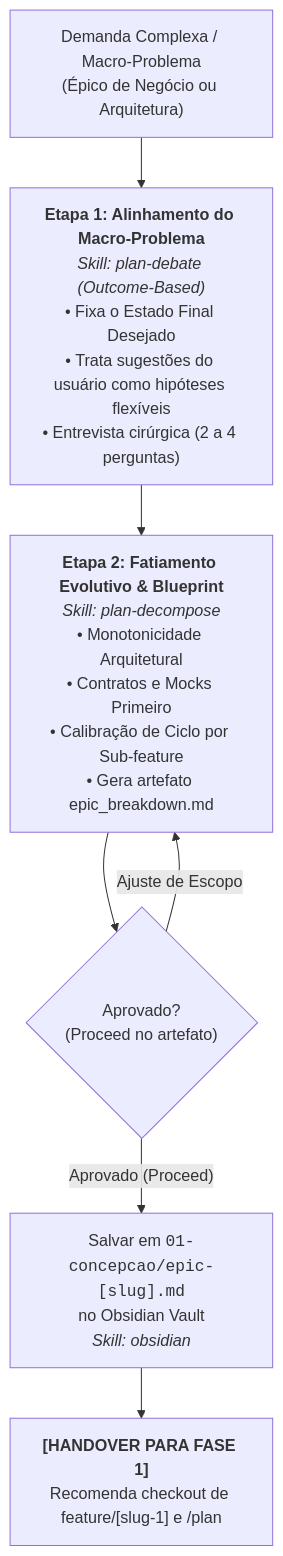
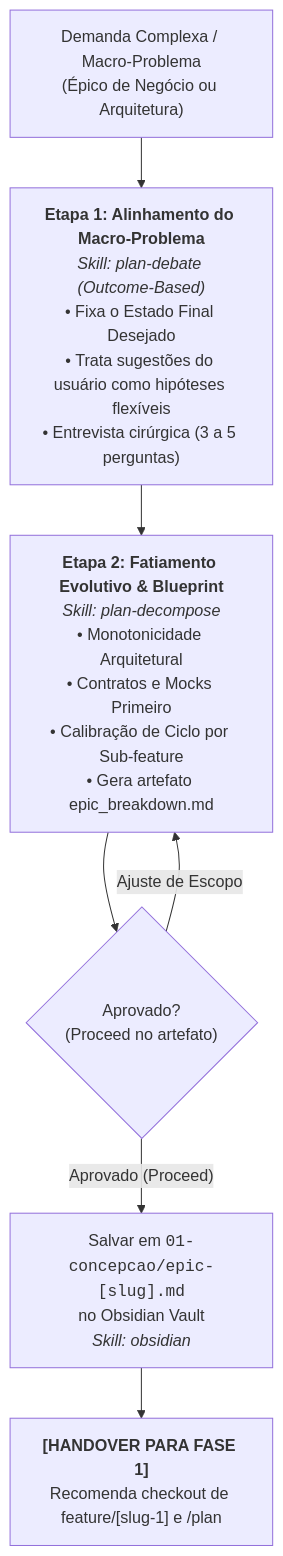
One commit to MarcosVeniciu/antigravity-agentic-workflows changed the diagram in docs/agentes/decompose.md. Above: the diagram before and after it, drawn with Mermaid. The commit also changed other lines of this file and 7 other files, not shown here.

Commit message:
feat: formalize architectural workflows for decomposition and planning with comprehensive documentation and questioning protocols.

````diff
--- a/docs/agentes/decompose.md
+++ b/docs/agentes/decompose.md
@@ -11,11 +11,11 @@
 ```mermaid
 flowchart TD
-    User["Demanda Complexa / Macro-Problema<br/>(Épico de Negócio ou Arquitetura)"] --> E1["<b>Etapa 1: Alinhamento do Macro-Problema</b><br/><i>Skill: plan-debate (Outcome-Based)</i><br/>• Fixa o Estado Final Desejado<br/>• Trata sugestões do usuário como hipóteses flexíveis<br/>• Entrevista cirúrgica (2 a 4 perguntas)"]
+    User["Demanda Complexa / Macro-Problema<br/>(Épico de Negócio ou Arquitetura)"] --> E1["<b>Etapa 1: Alinhamento do Macro-Problema</b><br/><i>Skill: plan-debate (Outcome-Based)</i><br/>• Fixa o Estado Final Desejado<br/>• Trata sugestões do usuário como hipóteses flexíveis<br/>• Entrevista cirúrgica (3 a 5 perguntas)"]
     
     E1 --> E2["<b>Etapa 2: Fatiamento Evolutivo & Blueprint</b><br/><i>Skill: plan-decompose</i><br/>• Monotonicidade Arquitetural<br/>• Contratos e Mocks Primeiro<br/>• Calibração de Ciclo por Sub-feature<br/>• Gera artefato epic_breakdown.md"]
     
     E2 --> Feedback{"Aprovado?<br/>(Proceed no artefato)"}
     Feedback --"Ajuste de Escopo"--> E2
     Feedback --"Aprovado (Proceed)"--> Persist["Salvar em <code>01-concepcao/epic-[slug].md</code><br/>no Obsidian Vault<br/><i>Skill: obsidian</i>"]
     Persist --> Handover["<b>[HANDOVER PARA FASE 1]</b><br/>Recomenda checkout de feature/[slug-1] e /plan"]
 ```
````
